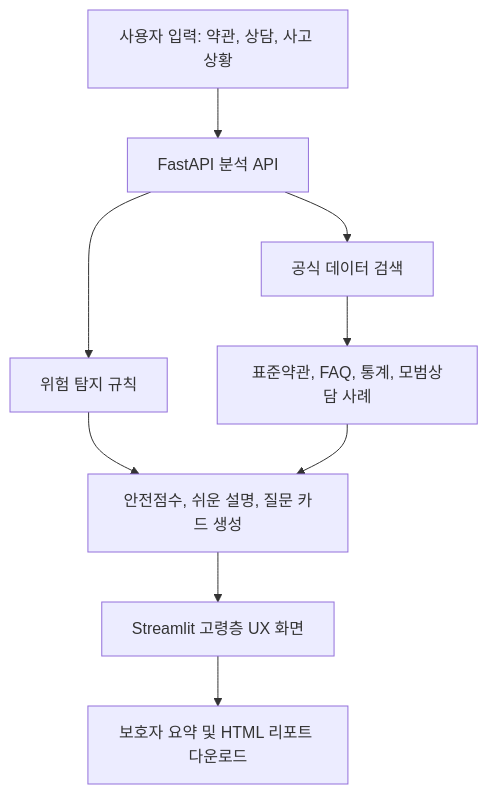
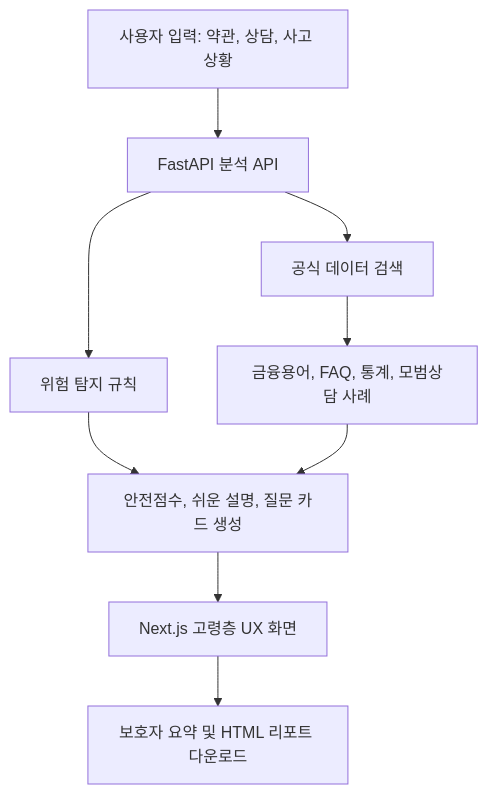
One commit to kkssyy1215/Silver_Finance_Guard_AI changed the diagram in docs/portfolio_brief.md. Above: the diagram before and after it, drawn with Mermaid. The commit also changed other lines of this file and 35 other files, not shown here.

````diff
--- a/docs/portfolio_brief.md
+++ b/docs/portfolio_brief.md
@@ -70,11 +68,11 @@
 ```mermaid
 flowchart TD
   A["사용자 입력: 약관, 상담, 사고 상황"] --> B["FastAPI 분석 API"]
   B --> C["위험 탐지 규칙"]
   B --> D["공식 데이터 검색"]
-  D --> E["표준약관, FAQ, 통계, 모범상담 사례"]
+  D --> E["금융용어, FAQ, 통계, 모범상담 사례"]
   C --> F["안전점수, 쉬운 설명, 질문 카드 생성"]
   E --> F
-  F --> G["Streamlit 고령층 UX 화면"]
+  F --> G["Next.js 고령층 UX 화면"]
   G --> H["보호자 요약 및 HTML 리포트 다운로드"]
 ```
````
